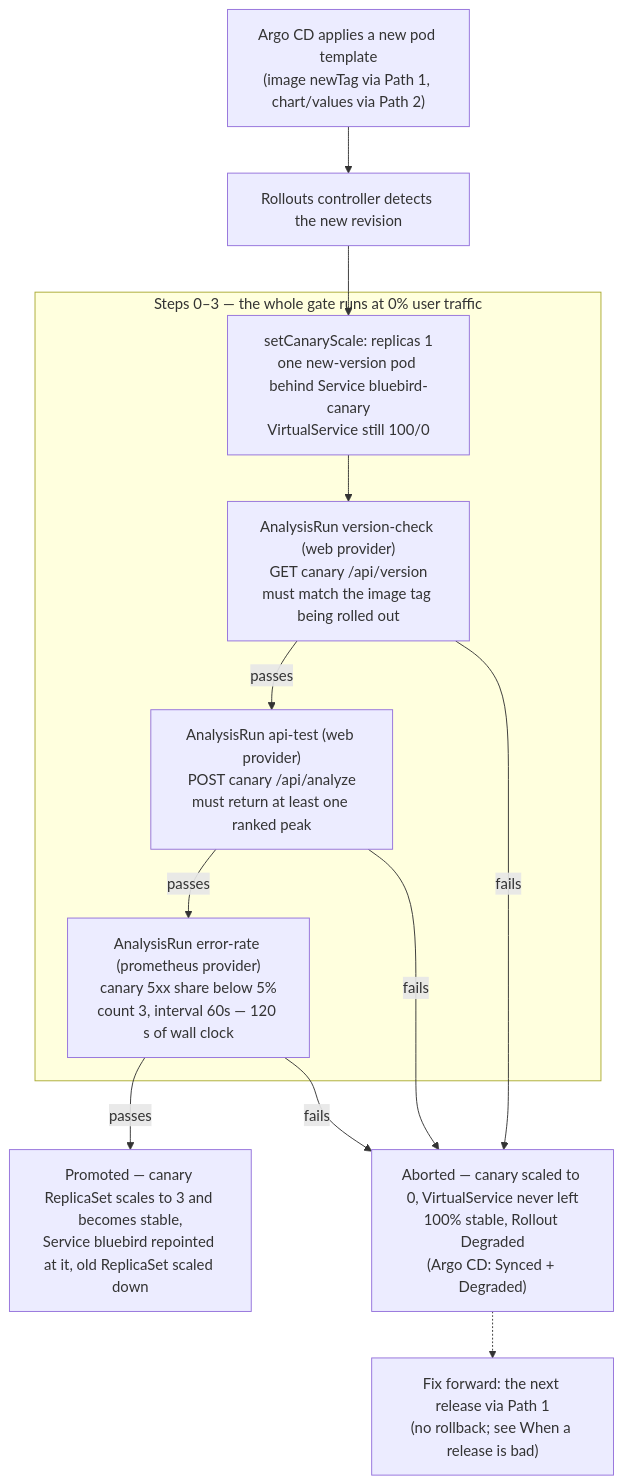
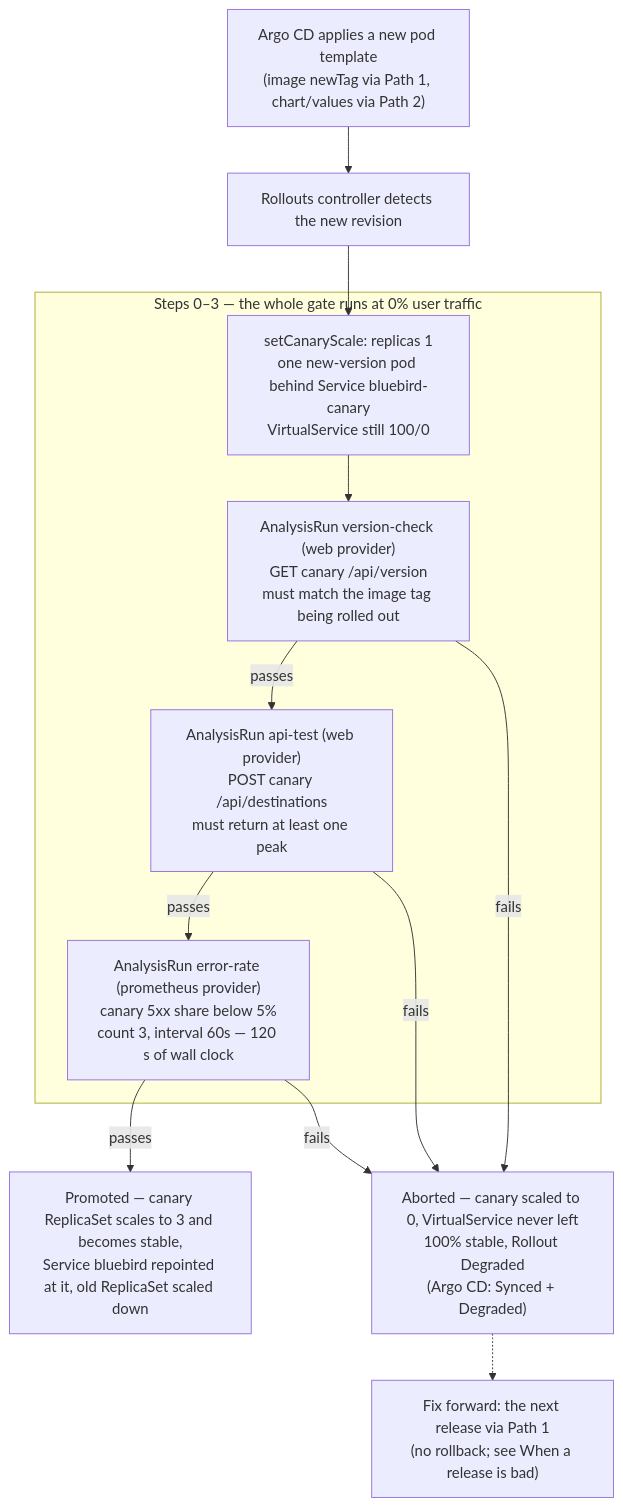
One commit to zimmertr/bluebird changed the third of 6 diagrams in docs/CICD.md. Above: the diagram before and after it, drawn with Mermaid. The commit also changed other lines of this file and 5 other files, not shown here.

First line of the commit message:
docs: the release gate is api-test's discovery, with record 0230 (#787)

````diff
--- a/docs/CICD.md
+++ b/docs/CICD.md
@@ -631,25 +631,25 @@
 ```mermaid
 flowchart TD
     apply["Argo CD applies a new pod template<br/>(image newTag via Path 1, chart/values via Path 2)"]
     detect["Rollouts controller detects the new revision"]
 
     subgraph GATE["Steps 0–3 — the whole gate runs at 0% user traffic"]
         scale["setCanaryScale: replicas 1<br/>one new-version pod behind Service bluebird-canary<br/>VirtualService still 100/0"]
         vc["AnalysisRun version-check (web provider)<br/>GET canary /api/version<br/>must match the image tag being rolled out"]
-        at["AnalysisRun api-test (web provider)<br/>POST canary /api/analyze<br/>must return at least one ranked peak"]
+        at["AnalysisRun api-test (web provider)<br/>POST canary /api/destinations<br/>must return at least one peak"]
         er["AnalysisRun error-rate (prometheus provider)<br/>canary 5xx share below 5%<br/>count 3, interval 60s — 120 s of wall clock"]
     end
 
     done["Promoted — canary ReplicaSet scales to 3 and becomes stable,<br/>Service bluebird repointed at it, old ReplicaSet scaled down"]
     abort["Aborted — canary scaled to 0, VirtualService never left<br/>100% stable, Rollout Degraded<br/>(Argo CD: Synced + Degraded)"]
     fix["Fix forward: the next release via Path 1<br/>(no rollback; see When a release is bad)"]
 
     apply --> detect --> scale --> vc
     vc -->|"passes"| at
     at -->|"passes"| er
     er -->|"passes"| done
     vc -->|"fails"| abort
     at -->|"fails"| abort
     er -->|"fails"| abort
     abort -.-> fix
 ```
````
